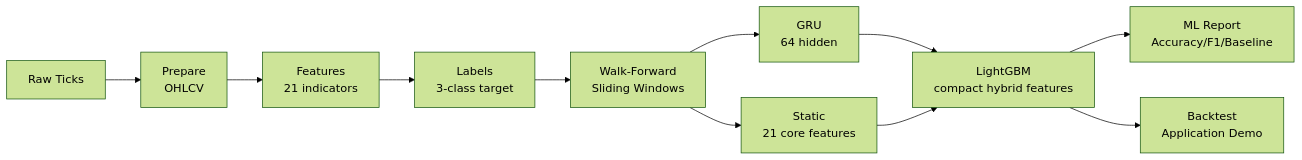
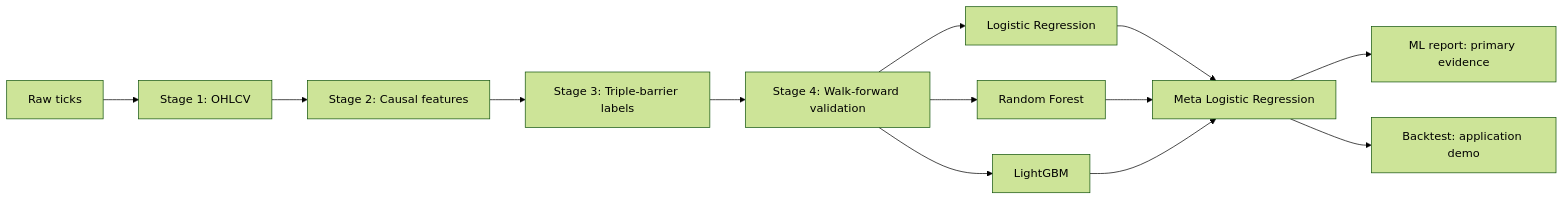
Before and after one commit to ultimateBroK/thesis-hybrid-stacking: the diagram in README.md, drawn with Mermaid (forest theme). The commit also changed other lines of this file and 18 other files, not shown here.

````diff
--- a/README.md
+++ b/README.md
@@ -67,13 +75,15 @@
 ```mermaid
 flowchart LR
-    A["Raw Ticks"] --> B["Prepare<br/>OHLCV"]
-    B -->     C["Features<br/>21 indicators"]
-    C --> D["Labels<br/>3-class target"]
-    D --> E["Walk-Forward<br/>Sliding Windows"]
-    E --> F["GRU<br/>64 hidden"]
-    E --> G["Static<br/>21 core features"]
-    F --> H["LightGBM<br/>compact hybrid features"]
-    G --> H
-    H --> I["ML Report<br/>Accuracy/F1/Baseline"]
-    H --> J["Backtest<br/>Application Demo"]
+    A[Raw ticks] --> B[Stage 1: OHLCV]
+    B --> C[Stage 2: Causal features]
+    C --> D[Stage 3: Triple-barrier labels]
+    D --> E[Stage 4: Walk-forward validation]
+    E --> F[Logistic Regression]
+    E --> G[Random Forest]
+    E --> H[LightGBM]
+    F --> I[Meta Logistic Regression]
+    G --> I
+    H --> I
+    I --> J[ML report: primary evidence]
+    I --> K[Backtest: application demo]
 ```
````
